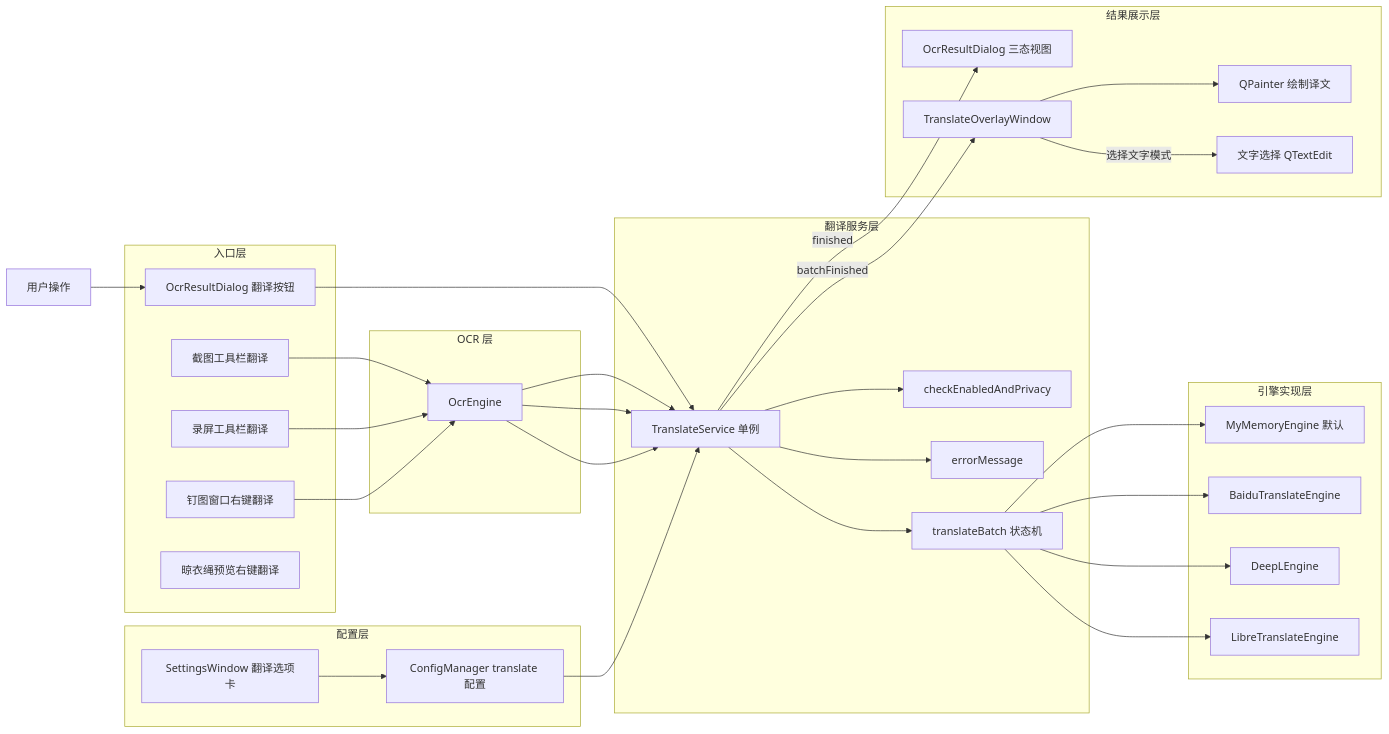
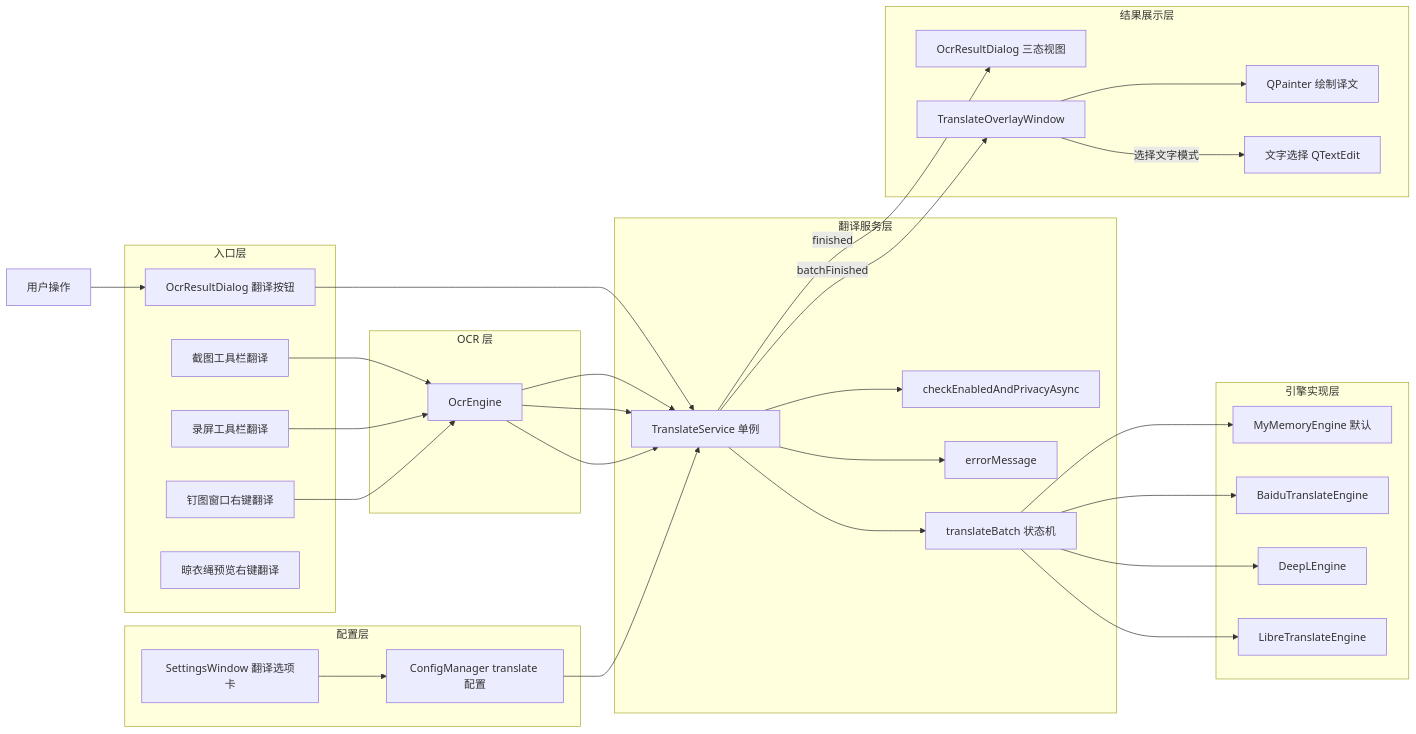
One commit to ChiangyangNPU/quick-shot changed the first of 12 diagrams in docs/translation-design.md. Above: the diagram before and after it, drawn with Mermaid. The commit also changed other lines of this file and 3 other files, not shown here.

````diff
--- a/docs/translation-design.md
+++ b/docs/translation-design.md
@@ -43,59 +43,59 @@
 ```mermaid
 flowchart LR
     U["用户操作"] --> A
     subgraph 入口层
         A["OcrResultDialog 翻译按钮"]
         B["截图工具栏翻译"]
         C["录屏工具栏翻译"]
         D["钉图窗口右键翻译"]
         D2["晾衣绳预览右键翻译"]
     end
 
     subgraph 翻译服务层
         E["TranslateService 单例"]
-        E1["checkEnabledAndPrivacy"]
+        E1["checkEnabledAndPrivacyAsync"]
         E2["errorMessage"]
         E3["translateBatch 状态机"]
     end
 
     subgraph OCR 层
         O["OcrEngine"]
     end
 
     subgraph 引擎实现层
         F["MyMemoryEngine 默认"]
         G["BaiduTranslateEngine"]
         H["DeepLEngine"]
         I["LibreTranslateEngine"]
     end
 
     subgraph 结果展示层
         J["OcrResultDialog 三态视图"]
         K["TranslateOverlayWindow"]
         K1["QPainter 绘制译文"]
         K2["文字选择 QTextEdit"]
     end
 
     subgraph 配置层
         L["ConfigManager translate 配置"]
         M["SettingsWindow 翻译选项卡"]
     end
 
     A --> E
     B --> O --> E
     C --> O --> E
     D --> O --> E
     E --> E1
     E --> E2
     E --> E3
     E3 --> F
     E3 --> G
     E3 --> H
     E3 --> I
     E -->|finished| J
     E -->|batchFinished| K
     K --> K1
     K -->|"选择文字模式"| K2
     L --> E
     M --> L
 ```
````
